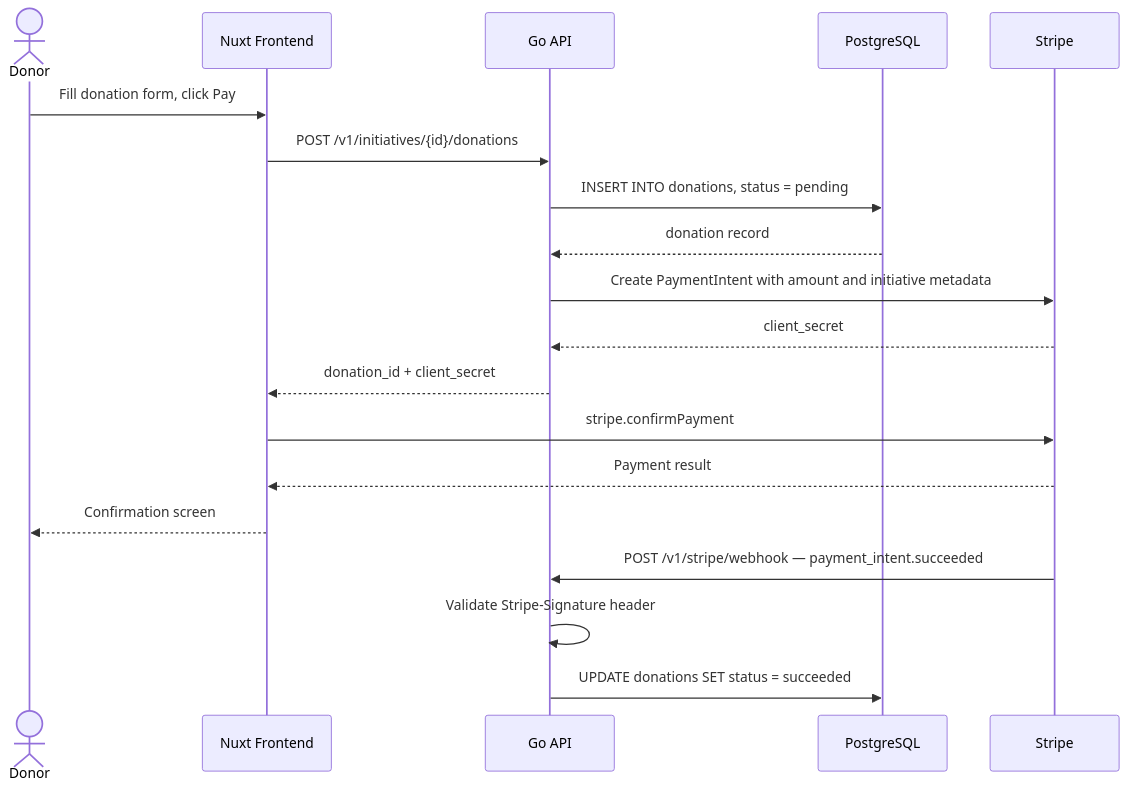
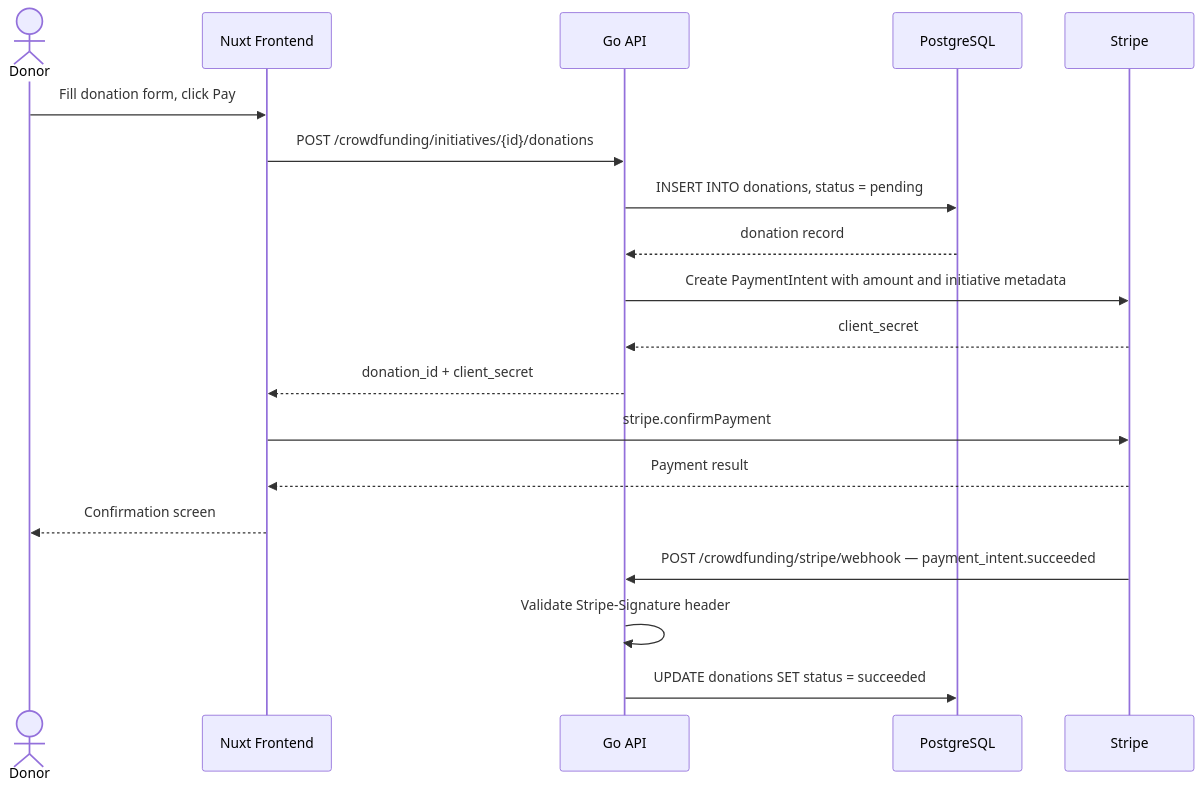
The fourth of 8 diagrams in docs/architecture.md (linuxfoundation/lfx-crowdfunding), drawn with Mermaid before and after one commit. The commit also changed other lines of this file and 92 other files, not shown here.

First line of the commit message:
feat(api): namespace all endpoints under /crowdfunding/

````diff
--- a/docs/architecture.md
+++ b/docs/architecture.md
@@ -292,22 +292,22 @@
 ```mermaid
 sequenceDiagram
     actor Donor
     participant FE as Nuxt Frontend
     participant API as Go API
     participant DB as PostgreSQL
     participant Stripe
 
     Donor->>FE: Fill donation form, click Pay
-    FE->>API: POST /v1/initiatives/{id}/donations
+    FE->>API: POST /crowdfunding/initiatives/{id}/donations
     API->>DB: INSERT INTO donations, status = pending
     DB-->>API: donation record
     API->>Stripe: Create PaymentIntent with amount and initiative metadata
     Stripe-->>API: client_secret
     API-->>FE: donation_id + client_secret
     FE->>Stripe: stripe.confirmPayment
     Stripe-->>FE: Payment result
     FE-->>Donor: Confirmation screen
-    Stripe->>API: POST /v1/stripe/webhook — payment_intent.succeeded
+    Stripe->>API: POST /crowdfunding/stripe/webhook — payment_intent.succeeded
     API->>API: Validate Stripe-Signature header
     API->>DB: UPDATE donations SET status = succeeded
 ```
````
